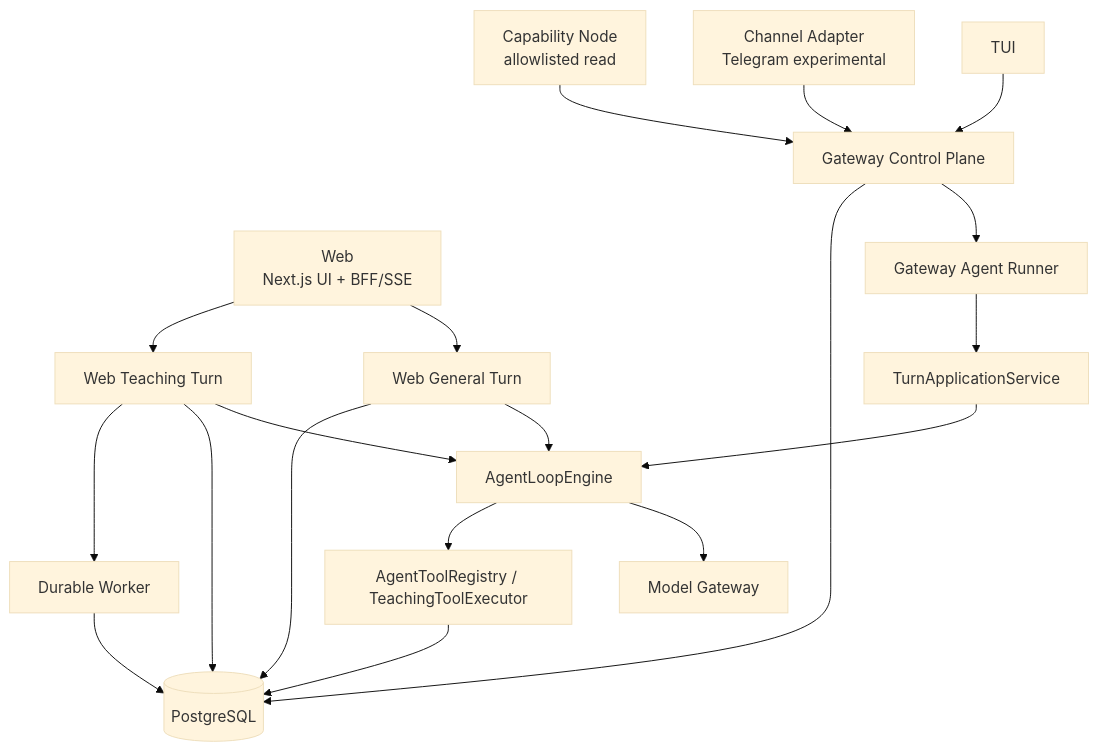
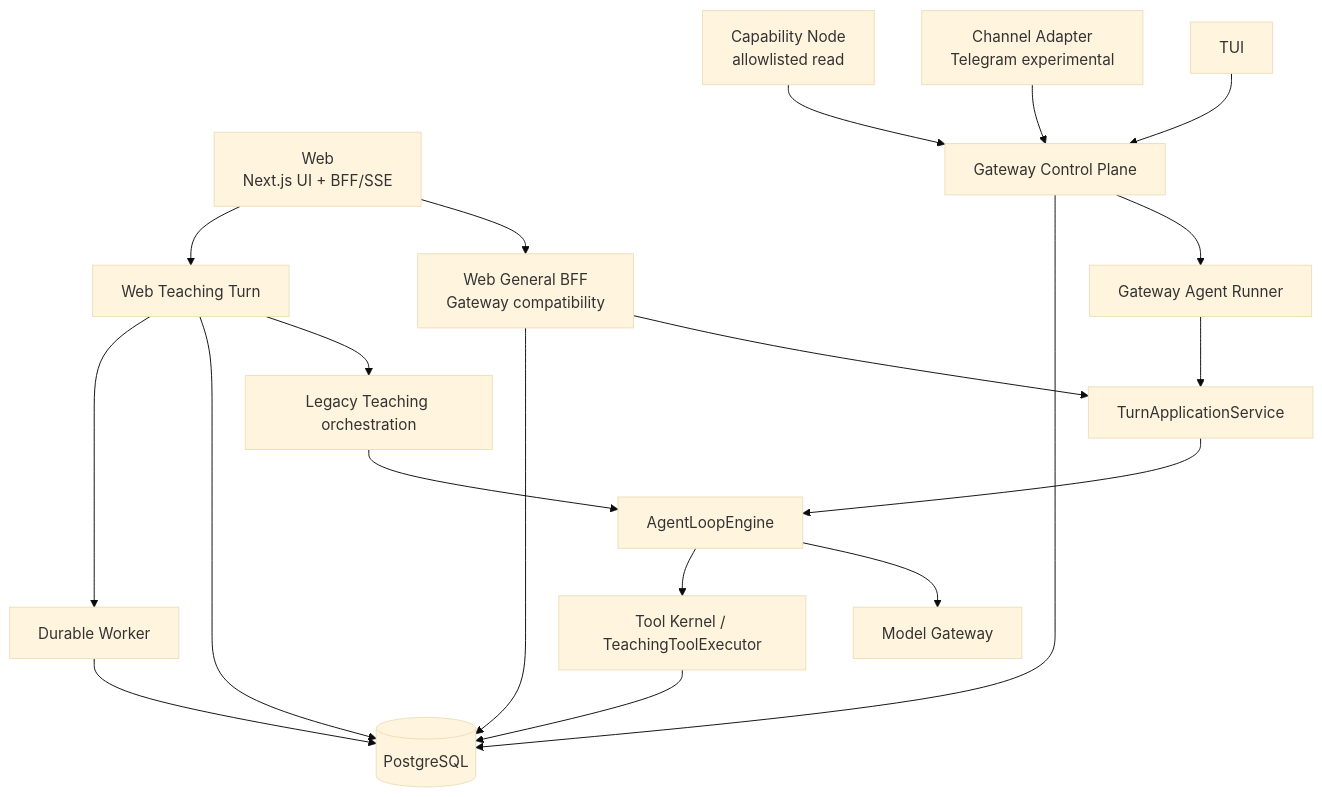
The diagram in docs/02-architecture/01-系统架构现状.md (Timcai06/EduCanvas), drawn with Mermaid (base theme) before and after one commit. The commit also changed other lines of this file and 21 other files, not shown here.

Commit message:
feat: 迁移 Web General 到统一 Turn Application (#121)

````diff
--- a/docs/02-architecture/01-系统架构现状.md
+++ b/docs/02-architecture/01-系统架构现状.md
@@ -20,28 +20,29 @@
 ```mermaid
 flowchart TB
     Web["Web\nNext.js UI + BFF/SSE"]
     TUI["TUI"]
     Channel["Channel Adapter\nTelegram experimental"]
     Node["Capability Node\nallowlisted read"]
 
-    Web --> WebGeneral["Web General Turn"]
+    Web --> WebGeneral["Web General BFF\nGateway compatibility"]
     Web --> WebTeaching["Web Teaching Turn"]
-    WebGeneral --> Loop["AgentLoopEngine"]
-    WebTeaching --> Loop
+    WebGeneral --> TurnApp
+    WebTeaching --> TeachingLoop["Legacy Teaching orchestration"]
 
     TUI --> Gateway["Gateway Control Plane"]
     Channel --> Gateway
     Node --> Gateway
     Gateway --> GatewayRunner["Gateway Agent Runner"]
     GatewayRunner --> TurnApp["TurnApplicationService"]
-    TurnApp --> Loop
+    TurnApp --> Loop["AgentLoopEngine"]
+    TeachingLoop --> Loop
 
     Loop --> Model["Model Gateway"]
-    Loop --> Tools["AgentToolRegistry / TeachingToolExecutor"]
+    Loop --> Tools["Tool Kernel / TeachingToolExecutor"]
     Gateway --> DB[(PostgreSQL)]
     WebGeneral --> DB
     WebTeaching --> DB
     Tools --> DB
     WebTeaching --> Worker["Durable Worker"]
     Worker --> DB
 ```
````
